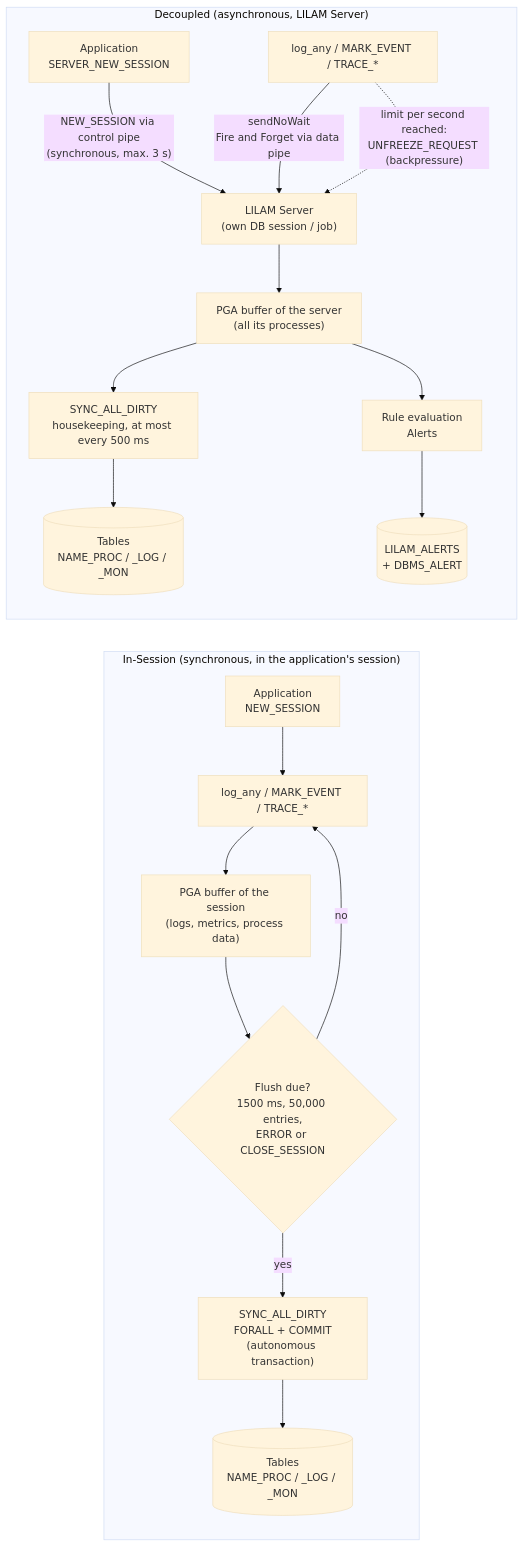
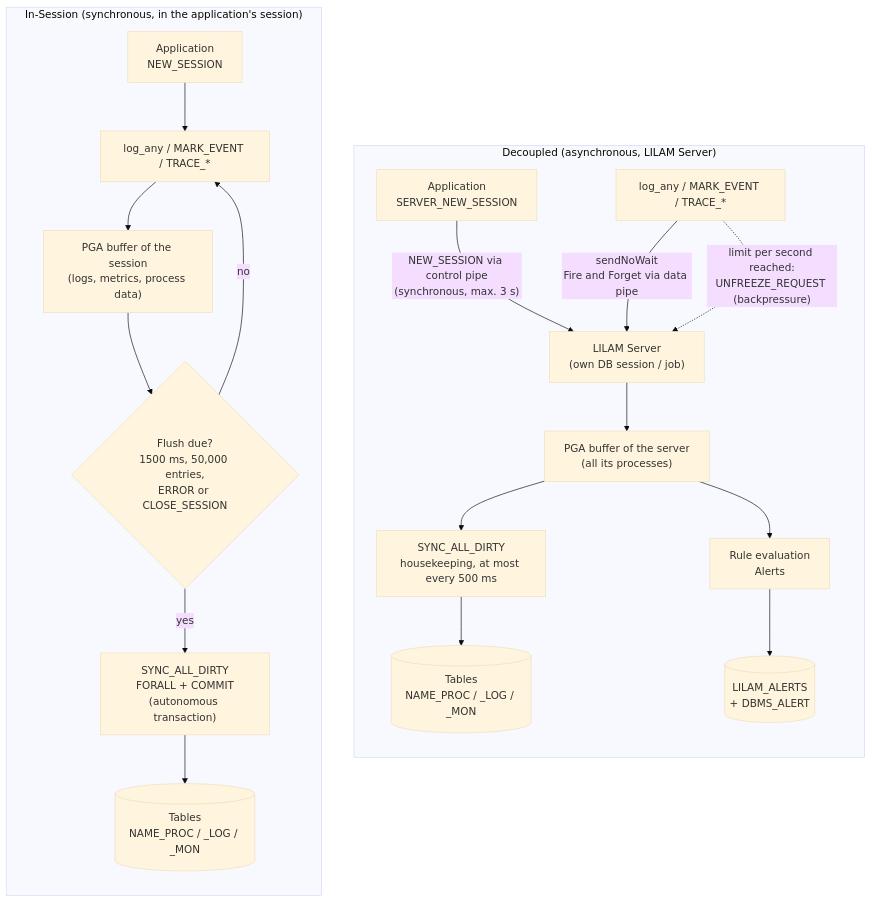
The first of 4 diagrams in docs/architecture and concepts.md (dirkgermany/LILAM), drawn with Mermaid (base theme) before and after one commit.

Commit message:
Doku: In-Session und Decoupled im Diagramm nebeneinander

````diff
--- a/docs/architecture and concepts.md
+++ b/docs/architecture and concepts.md
@@ -269,24 +269,26 @@
 ```mermaid
 flowchart LR
     subgraph INS ["In-Session (synchronous, in the application's session)"]
         direction TB
         A1["Application<br/>NEW_SESSION"] --> B1["log_any / MARK_EVENT / TRACE_*"]
         B1 --> C1["PGA buffer of the session<br/>(logs, metrics, process data)"]
         C1 --> D1{"Flush due?<br/>1500 ms, 50,000 entries,<br/>ERROR or CLOSE_SESSION"}
         D1 -- yes --> E1["SYNC_ALL_DIRTY<br/>FORALL + COMMIT<br/>(autonomous transaction)"]
         D1 -- no --> B1
         E1 --> T1[("Tables<br/>NAME_PROC / _LOG / _MON")]
     end
 
     subgraph DEC ["Decoupled (asynchronous, LILAM Server)"]
         direction TB
         A2["Application<br/>SERVER_NEW_SESSION"] -- "NEW_SESSION via control pipe<br/>(synchronous, max. 3 s)" --> S2
         B2["log_any / MARK_EVENT / TRACE_*"] -- "sendNoWait<br/>Fire and Forget via data pipe" --> S2["LILAM Server<br/>(own DB session / job)"]
         B2 -. "limit per second reached:<br/>UNFREEZE_REQUEST (backpressure)" .-> S2
         S2 --> C2["PGA buffer of the server<br/>(all its processes)"]
         C2 --> R2["Rule evaluation<br/>Alerts"]
         C2 --> E2["SYNC_ALL_DIRTY<br/>housekeeping, at most every 500 ms"]
         E2 --> T2[("Tables<br/>NAME_PROC / _LOG / _MON")]
         R2 --> AL[("LILAM_ALERTS<br/>+ DBMS_ALERT")]
     end
+
+    INS ~~~ DEC
 ```
````
